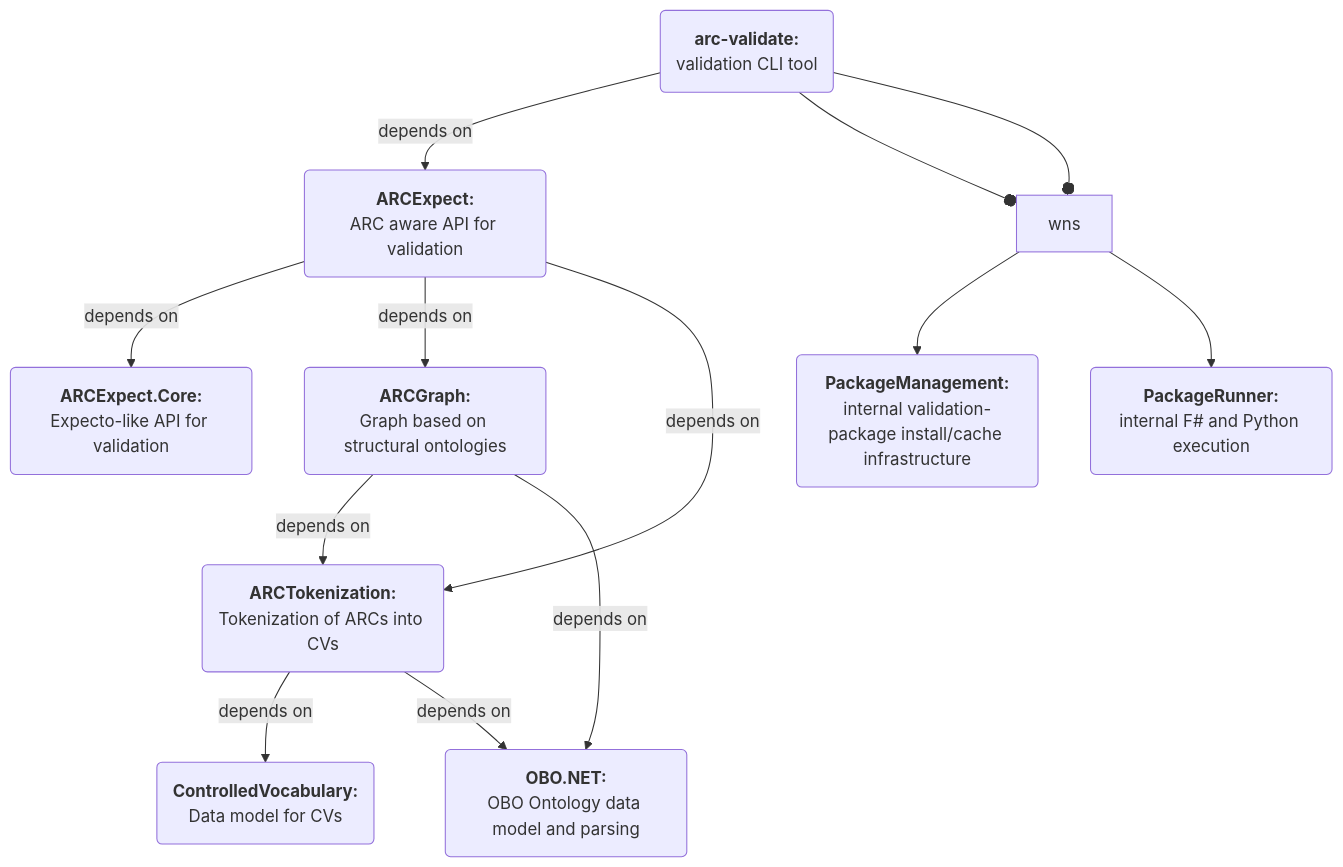
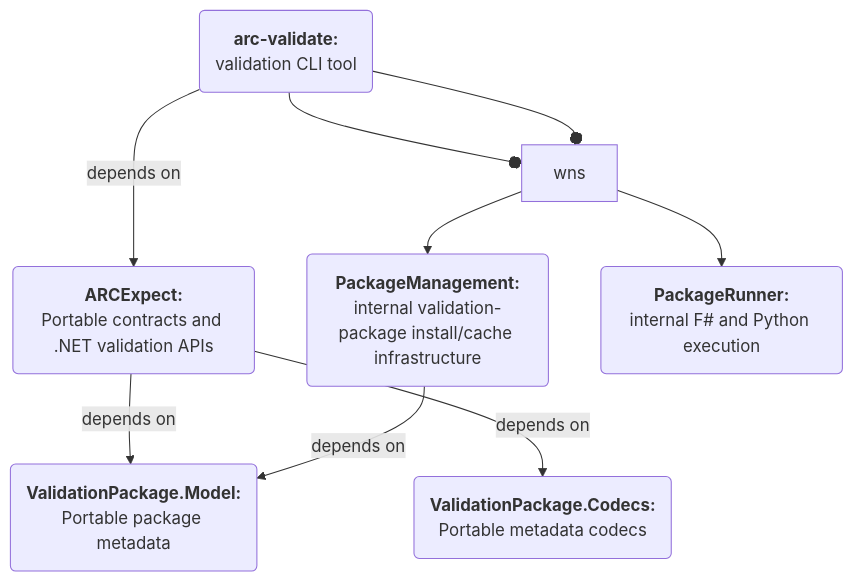
The diagram in README.md (nfdi4plants/arc-validate), drawn with Mermaid before and after one commit. The commit also changed other lines of this file and 75 other files, not shown here.

````diff
--- a/README.md
+++ b/README.md
@@ -31,24 +29,17 @@
 ```mermaid
 flowchart TD
 
-ControlledVocabulary("<b>ControlledVocabulary:</b><br>Data model for CVs")
-ARCTokenization("<b>ARCTokenization:</b><br>Tokenization of ARCs into CVs")
-OBO.NET("<b>OBO.NET:</b><br>OBO Ontology data model and parsing")
-ARCGraph("<b>ARCGraph:</b><br>Graph based on structural ontologies")
-ARCExpect("<b>ARCExpect:</b><br>ARC aware API for validation")
-ARCExpect.Core("<b>ARCExpect.Core:</b><br>Expecto-like API for validation")
+ValidationPackageModel("<b>ValidationPackage.Model:</b><br>Portable package metadata")
+ValidationPackageCodecs("<b>ValidationPackage.Codecs:</b><br>Portable metadata codecs")
+ARCExpect("<b>ARCExpect:</b><br>Portable contracts and .NET validation APIs")
 PackageManagement("<b>PackageManagement:</b><br>internal validation-package install/cache infrastructure")
 PackageRunner("<b>PackageRunner:</b><br>internal F# and Python execution")
 arc-validate("<b>arc-validate:</b><br>validation CLI tool")
 
 arc-validate --depends on--> ARCExpect
 arc-validate --owns--> PackageManagement
 arc-validate --owns--> PackageRunner
-ARCTokenization --depends on--> ControlledVocabulary
-ARCTokenization --depends on--> OBO.NET
-ARCExpect --depends on--> ARCExpect.Core
-ARCExpect --depends on--> ARCGraph
-ARCExpect --depends on--> ARCTokenization
-ARCGraph --depends on--> ARCTokenization
-ARCGraph --depends on--> OBO.NET
+ARCExpect --depends on--> ValidationPackageModel
+ARCExpect --depends on--> ValidationPackageCodecs
+PackageManagement --depends on--> ValidationPackageModel
 ```
````
